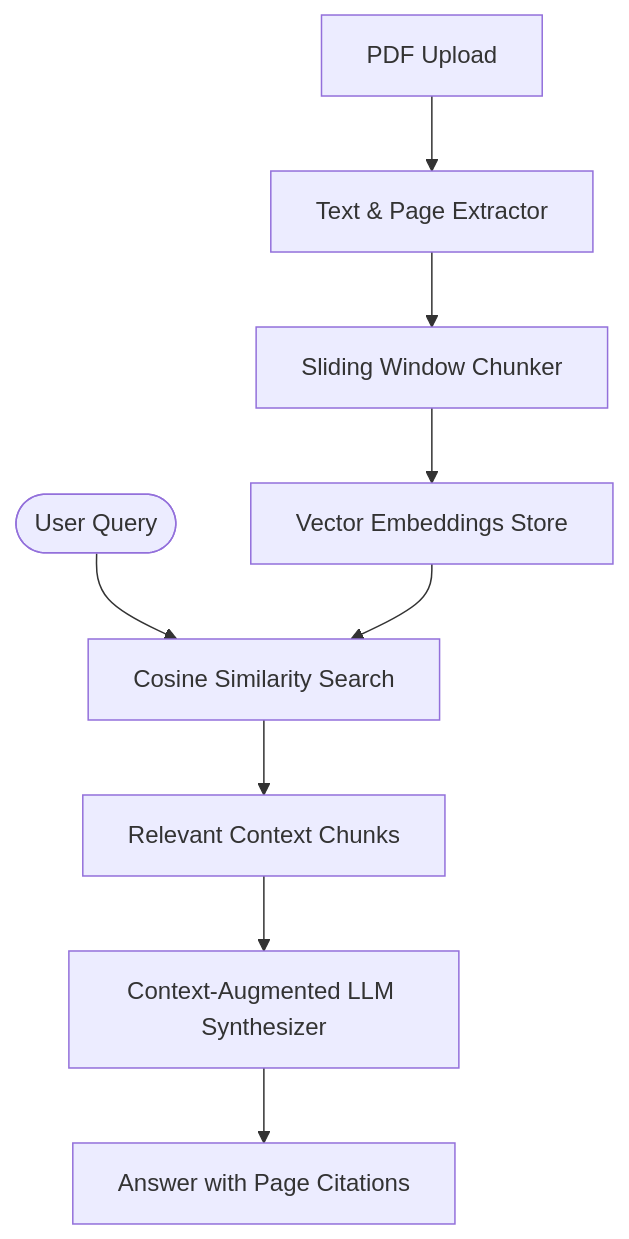
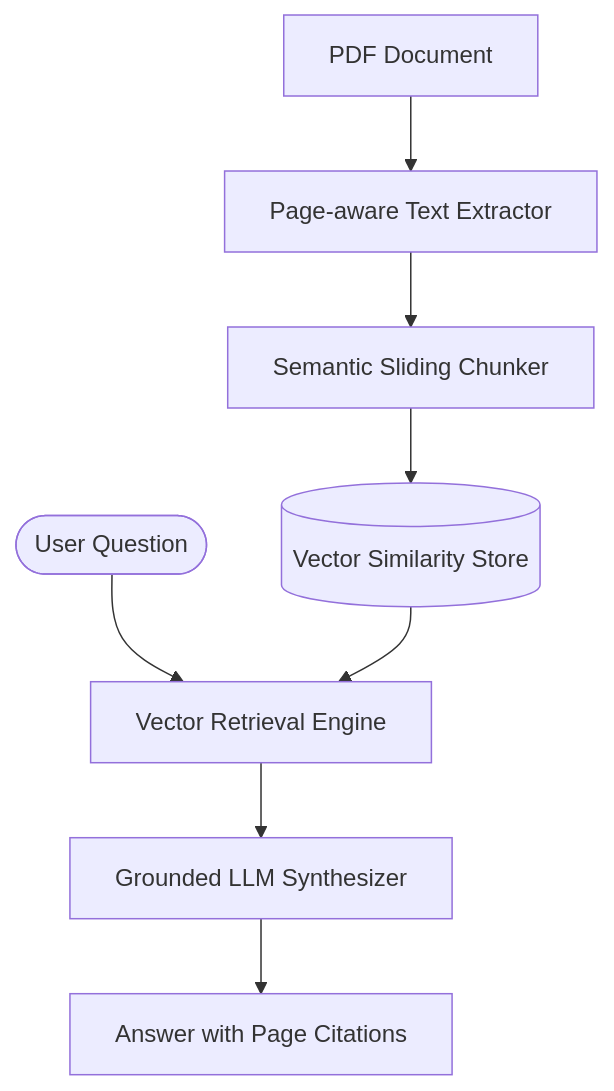
One commit to erhatechnologiesai/pdf-rag-chatbot changed the diagram in README.md. Above: the diagram before and after it, drawn with Mermaid. The commit also changed other lines of this file, not shown here.

````diff
--- a/README.md
+++ b/README.md
@@ -10,11 +25,10 @@
 ```mermaid
 flowchart TD
-    PDF[PDF Upload] --> Extractor[Text & Page Extractor]
-    Extractor --> Chunker[Sliding Window Chunker]
-    Chunker --> Embeddings[Vector Embeddings Store]
-    Query([User Query]) --> Search[Cosine Similarity Search]
-    Embeddings --> Search
-    Search --> Context[Relevant Context Chunks]
-    Context --> LLM[Context-Augmented LLM Synthesizer]
-    LLM --> Answer[Answer with Page Citations]
+    Doc[PDF Document] --> Extractor[Page-aware Text Extractor]
+    Extractor --> Chunker[Semantic Sliding Chunker]
+    Chunker --> Index[(Vector Similarity Store)]
+    UserQuery([User Question]) --> Retriever[Vector Retrieval Engine]
+    Index --> Retriever
+    Retriever --> Synthesizer[Grounded LLM Synthesizer]
+    Synthesizer --> Output[Answer with Page Citations]
 ```
````
